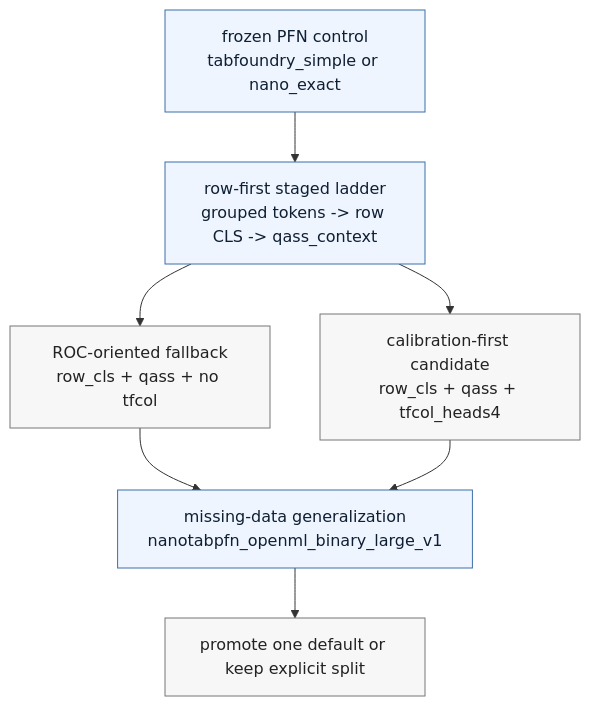
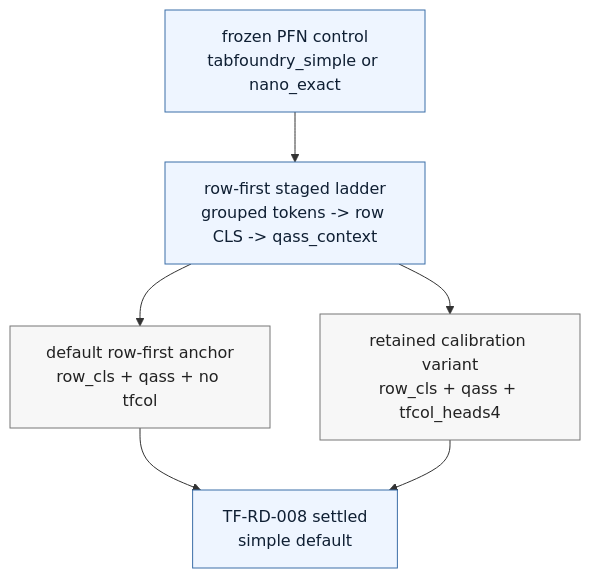
The fourth of 4 diagrams in docs/development/architecture-deltas.md (bensonlee5/tab-foundry), drawn with Mermaid before and after one commit. The commit also changed other lines of this file and 26 other files, not shown here.

Commit message:
execute qass_tfcol_large_missing_validation_v1 sweep; close out TF-RD-008

````diff
--- a/docs/development/architecture-deltas.md
+++ b/docs/development/architecture-deltas.md
@@ -197,14 +201,13 @@
 ```mermaid
 flowchart TD
     ctrl[frozen PFN control<br/>tabfoundry_simple or nano_exact] --> ladder[row-first staged ladder<br/>grouped tokens -> row CLS -> qass_context]
-    ladder --> roc[ROC-oriented fallback<br/>row_cls + qass + no tfcol]
-    ladder --> cal[calibration-first candidate<br/>row_cls + qass + tfcol_heads4]
-    roc --> gate[missing-data generalization<br/>nanotabpfn_openml_binary_large_v1]
-    cal --> gate
-    gate --> settle[promote one default or keep explicit split]
+    ladder --> def[default row-first anchor<br/>row_cls + qass + no tfcol]
+    ladder --> cal[retained calibration variant<br/>row_cls + qass + tfcol_heads4]
+    def --> settle[TF-RD-008 settled<br/>simple default]
+    cal --> settle
 
     classDef neutral fill:#eef5ff,stroke:#3b6ea8,color:#0f1f33;
     classDef branch fill:#f7f7f7,stroke:#777,color:#222;
-    class ctrl,ladder,gate neutral;
-    class roc,cal,settle branch;
+    class ctrl,ladder,settle neutral;
+    class def,cal branch;
 ```
````
